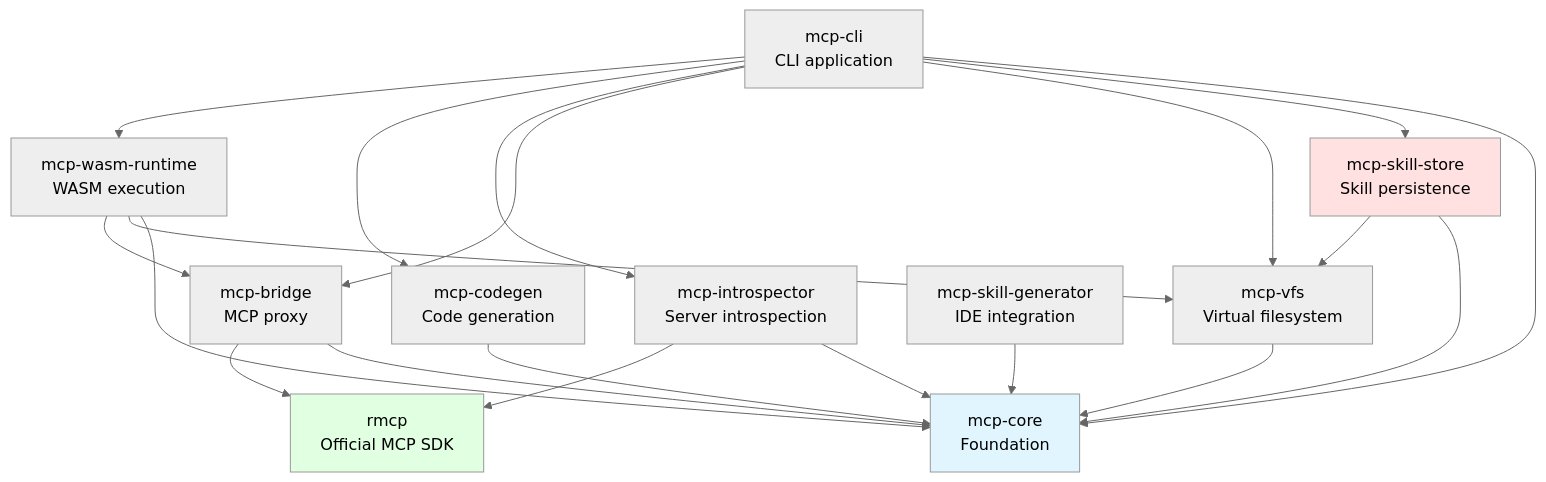
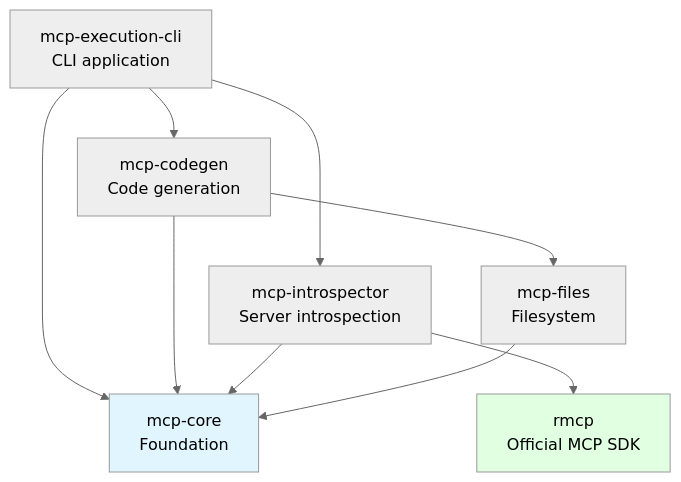
One commit to bug-ops/mcp-execution changed the diagram in docs/ARCHITECTURE.md. Above: the diagram before and after it, drawn with Mermaid (neutral theme). The commit also changed other lines of this file and 155 other files, not shown here.

````diff
--- a/docs/ARCHITECTURE.md
+++ b/docs/ARCHITECTURE.md
@@ -66,32 +76,17 @@
 ```mermaid
 graph TD
-    CLI[mcp-cli<br/>CLI application] --> WASM[mcp-wasm-runtime<br/>WASM execution]
-    CLI --> CODEGEN[mcp-codegen<br/>Code generation]
+    CLI[mcp-execution-cli<br/>CLI application] --> CODEGEN[mcp-codegen<br/>Code generation]
     CLI --> INTRO[mcp-introspector<br/>Server introspection]
-    CLI --> BRIDGE[mcp-bridge<br/>MCP proxy]
-    CLI --> VFS[mcp-vfs<br/>Virtual filesystem]
-    CLI --> STORE[mcp-skill-store<br/>Skill persistence]
     CLI --> CORE[mcp-core<br/>Foundation]
 
-    STORE --> VFS
-    STORE --> CORE
+    CODEGEN --> FILES[mcp-files<br/>Filesystem]
+    CODEGEN --> CORE
 
-    WASM --> BRIDGE
-    WASM --> VFS
-    WASM --> CORE
-
-    BRIDGE --> RMCP[rmcp<br/>Official MCP SDK]
-    BRIDGE --> CORE
-
-    INTRO --> RMCP
+    INTRO --> RMCP[rmcp<br/>Official MCP SDK]
     INTRO --> CORE
 
-    CODEGEN --> CORE
-    VFS --> CORE
-
-    SKILLGEN[mcp-skill-generator<br/>IDE integration] --> CORE
+    FILES --> CORE
 
     style CORE fill:#e1f5ff
-    style STORE fill:#ffe1e1
     style RMCP fill:#e1ffe1
 ```
````
